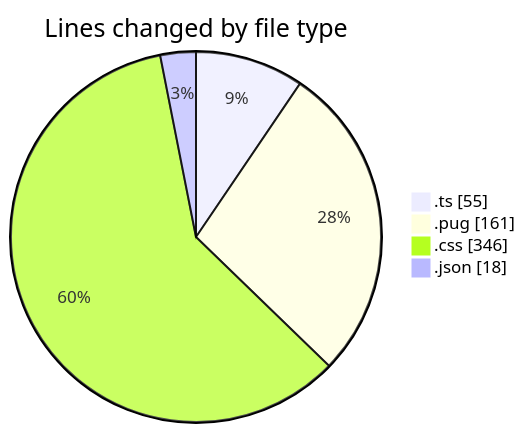
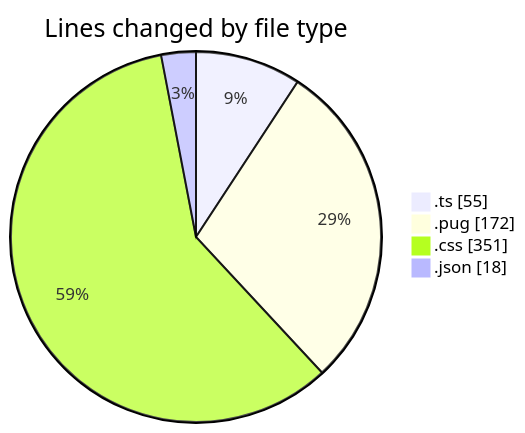
The first of 2 diagrams in 2025-10-31/cda/README.md (momahboobian/code-tracking), drawn with Mermaid before and after one commit. The commit also changed other lines of this file and 1 other file, not shown here.

````diff
--- a/2025-10-31/cda/README.md
+++ b/2025-10-31/cda/README.md
@@ -25,8 +25,8 @@
 ```mermaid
 pie showData
 title Lines changed by file type
 ".ts" : 55
-".pug" : 161
-".css" : 346
+".pug" : 172
+".css" : 351
 ".json" : 18
 ```
````
